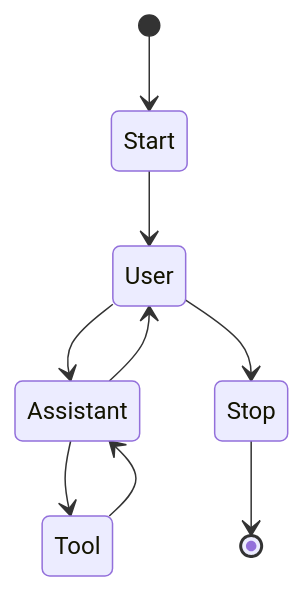
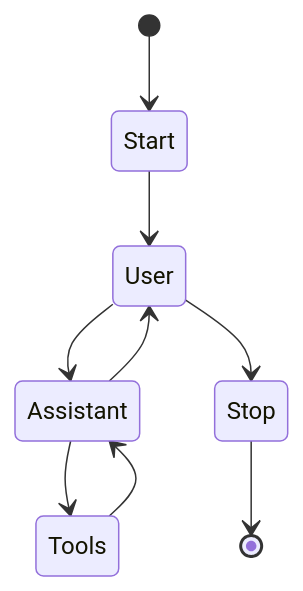
The diagram in README.md (elct9620/autoflux), drawn with Mermaid before and after one commit.

````diff
--- a/README.md
+++ b/README.md
@@ -27,11 +27,11 @@
 ```mermaid
 stateDiagram-v2
     [*] --> Start
     Start --> User
     User --> Assistant
     Assistant --> User
-    Assistant --> Tool
-    Tool --> Assistant
+    Assistant --> Tools
+    Tools --> Assistant
     User --> Stop
     Stop --> [*]
 ```
````
